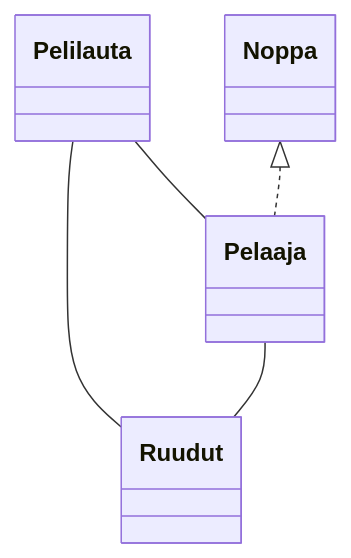
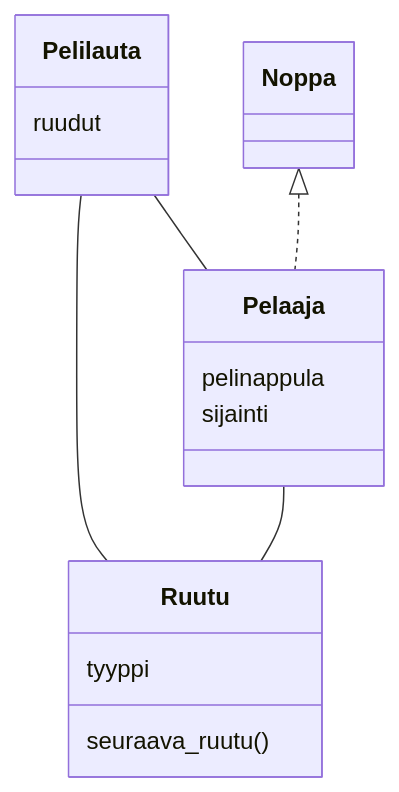
Before and after one commit to erjavaskivuori/ot-harjoitustyo: the diagram in laskarit/viikko3/luokkakaavio.md, drawn with Mermaid.

Commit message:
lisäyksiä luokkakaavioon

````diff
--- a/laskarit/viikko3/luokkakaavio.md
+++ b/laskarit/viikko3/luokkakaavio.md
@@ -3,7 +3,18 @@
 ```mermaid
  classDiagram
       Pelilauta -- Pelaaja
-      Pelilauta -- Ruudut
-      Pelaaja -- Ruudut
+      Pelilauta -- Ruutu
+      Pelaaja -- Ruutu
       Noppa <|.. Pelaaja
+      class Pelilauta{
+        ruudut
+      }
+      class Pelaaja{
+        pelinappula
+        sijainti
+      }
+      class Ruutu{
+        tyyppi
+        seuraava_ruutu()
+      }
 ```
````
